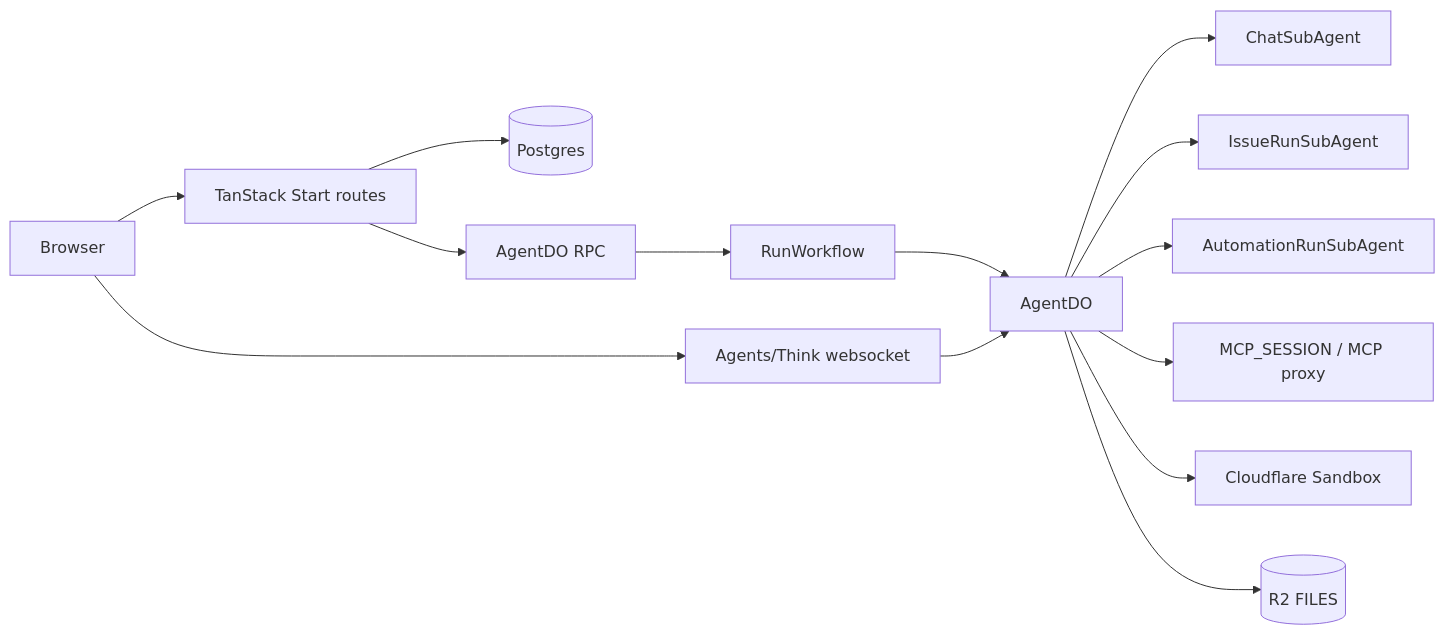
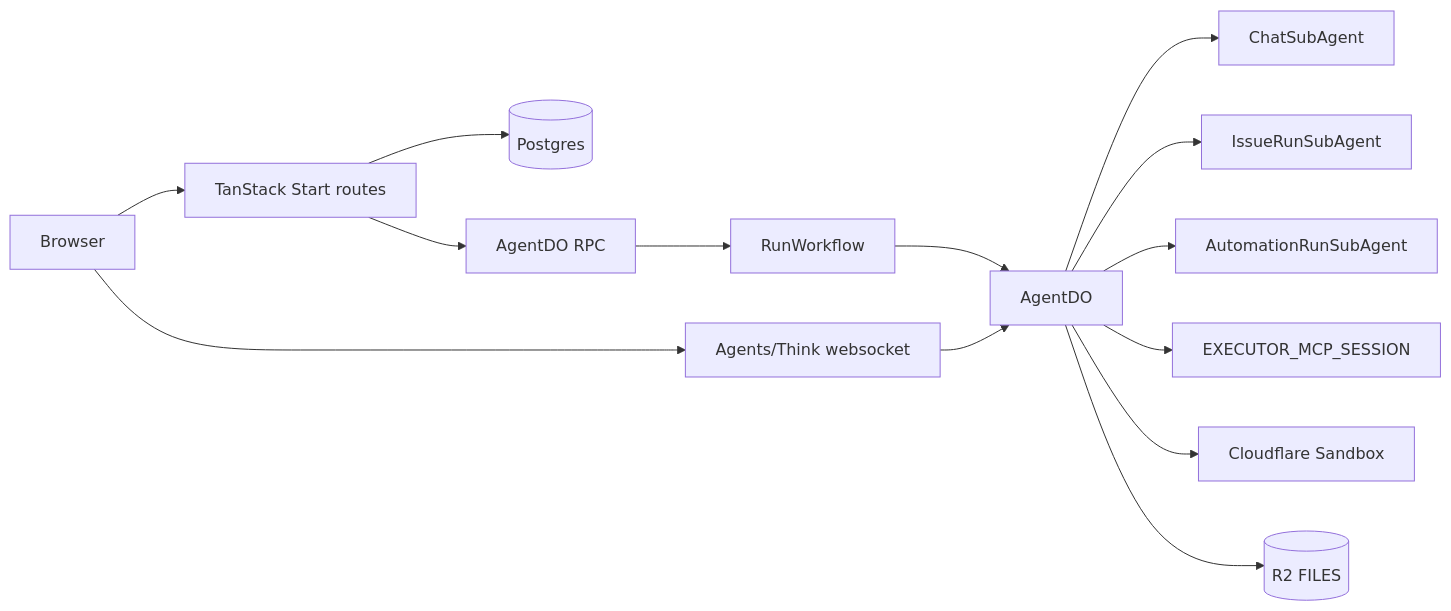
Before and after one commit to Flow-Research/garden: the diagram in docs/core/technical.md, drawn with Mermaid. The commit also changed other lines of this file and 7 other files, not shown here.

Commit message:
docs(executor): align current architecture guidance

````diff
--- a/docs/core/technical.md
+++ b/docs/core/technical.md
@@ -17,16 +17,16 @@
 ```mermaid
 flowchart LR
   Browser --> Start[TanStack Start routes]
   Start --> PG[(Postgres)]
   Browser --> AgentWS[Agents/Think websocket]
   AgentWS --> AgentDO[AgentDO]
   AgentDO --> Chat[ChatSubAgent]
   AgentDO --> Issue[IssueRunSubAgent]
   AgentDO --> Automation[AutomationRunSubAgent]
   Start --> AgentRPC[AgentDO RPC]
   AgentRPC --> Workflow[RunWorkflow]
   Workflow --> AgentDO
-  AgentDO --> MCP[MCP_SESSION / MCP proxy]
+  AgentDO --> MCP[EXECUTOR_MCP_SESSION]
   AgentDO --> Sandbox[Cloudflare Sandbox]
   AgentDO --> R2[(R2 FILES)]
 ```
````
